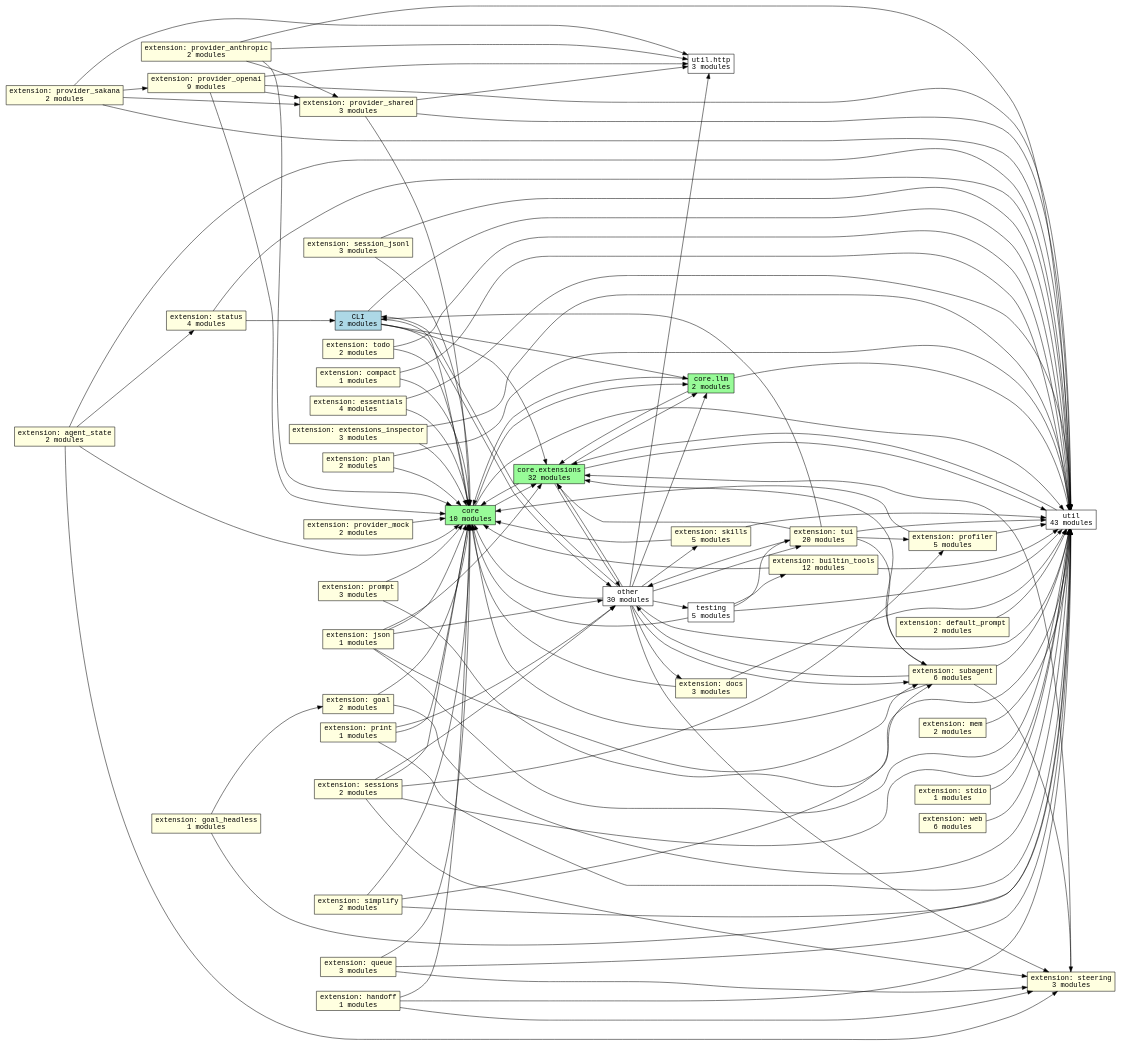
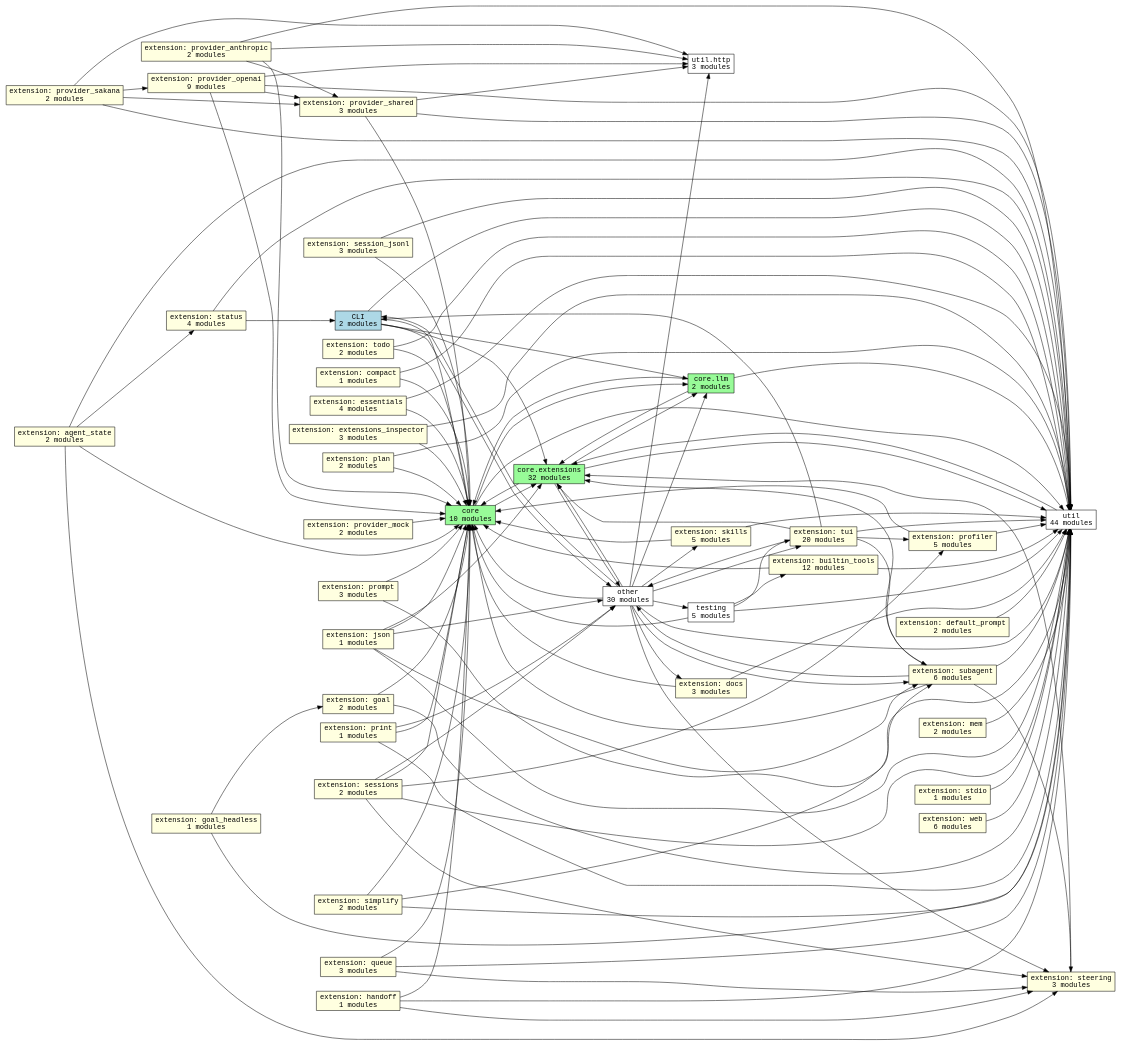
One commit to acmiyaguchi/fen changed the diagram in docs/graphs/subsystems.dot. Above: the diagram before and after it, drawn with Graphviz. The commit also changed 14 other files, not shown here.

```diff
--- a/docs/graphs/subsystems.dot
+++ b/docs/graphs/subsystems.dot
@@ -1,164 +1,164 @@
 digraph fen_subsystems {
   graph [rankdir=LR];
   node [shape=box, fontname="monospace"];
   edge [fontname="monospace"];
   "cli" [fillcolor="lightblue", label="CLI\n2 modules", style="filled"];
   "core" [fillcolor="palegreen", label="core\n10 modules", style="filled"];
   "core.extensions" [fillcolor="palegreen", label="core.extensions\n32 modules", style="filled"];
   "core.llm" [fillcolor="palegreen", label="core.llm\n2 modules", style="filled"];
   "extension.agent_state" [fillcolor="lightyellow", label="extension: agent_state\n2 modules", style="filled"];
   "extension.builtin_tools" [fillcolor="lightyellow", label="extension: builtin_tools\n12 modules", style="filled"];
   "extension.compact" [fillcolor="lightyellow", label="extension: compact\n1 modules", style="filled"];
   "extension.default_prompt" [fillcolor="lightyellow", label="extension: default_prompt\n2 modules", style="filled"];
   "extension.docs" [fillcolor="lightyellow", label="extension: docs\n3 modules", style="filled"];
   "extension.essentials" [fillcolor="lightyellow", label="extension: essentials\n4 modules", style="filled"];
   "extension.extensions_inspector" [fillcolor="lightyellow", label="extension: extensions_inspector\n3 modules", style="filled"];
   "extension.goal" [fillcolor="lightyellow", label="extension: goal\n2 modules", style="filled"];
   "extension.goal_headless" [fillcolor="lightyellow", label="extension: goal_headless\n1 modules", style="filled"];
   "extension.handoff" [fillcolor="lightyellow", label="extension: handoff\n1 modules", style="filled"];
   "extension.json" [fillcolor="lightyellow", label="extension: json\n1 modules", style="filled"];
   "extension.mem" [fillcolor="lightyellow", label="extension: mem\n2 modules", style="filled"];
   "extension.plan" [fillcolor="lightyellow", label="extension: plan\n2 modules", style="filled"];
   "extension.print" [fillcolor="lightyellow", label="extension: print\n1 modules", style="filled"];
   "extension.profiler" [fillcolor="lightyellow", label="extension: profiler\n5 modules", style="filled"];
   "extension.prompt" [fillcolor="lightyellow", label="extension: prompt\n3 modules", style="filled"];
   "extension.provider_anthropic" [fillcolor="lightyellow", label="extension: provider_anthropic\n2 modules", style="filled"];
   "extension.provider_mock" [fillcolor="lightyellow", label="extension: provider_mock\n2 modules", style="filled"];
   "extension.provider_openai" [fillcolor="lightyellow", label="extension: provider_openai\n9 modules", style="filled"];
   "extension.provider_sakana" [fillcolor="lightyellow", label="extension: provider_sakana\n2 modules", style="filled"];
   "extension.provider_shared" [fillcolor="lightyellow", label="extension: provider_shared\n3 modules", style="filled"];
   "extension.queue" [fillcolor="lightyellow", label="extension: queue\n3 modules", style="filled"];
   "extension.session_jsonl" [fillcolor="lightyellow", label="extension: session_jsonl\n3 modules", style="filled"];
   "extension.sessions" [fillcolor="lightyellow", label="extension: sessions\n2 modules", style="filled"];
   "extension.simplify" [fillcolor="lightyellow", label="extension: simplify\n2 modules", style="filled"];
   "extension.skills" [fillcolor="lightyellow", label="extension: skills\n5 modules", style="filled"];
   "extension.status" [fillcolor="lightyellow", label="extension: status\n4 modules", style="filled"];
   "extension.stdio" [fillcolor="lightyellow", label="extension: stdio\n1 modules", style="filled"];
   "extension.steering" [fillcolor="lightyellow", label="extension: steering\n3 modules", style="filled"];
   "extension.subagent" [fillcolor="lightyellow", label="extension: subagent\n6 modules", style="filled"];
   "extension.todo" [fillcolor="lightyellow", label="extension: todo\n2 modules", style="filled"];
   "extension.tui" [fillcolor="lightyellow", label="extension: tui\n20 modules", style="filled"];
   "extension.web" [fillcolor="lightyellow", label="extension: web\n6 modules", style="filled"];
   "other" [fillcolor="white", label="other\n30 modules", style="filled"];
   "testing" [fillcolor="white", label="testing\n5 modules", style="filled"];
-  "util" [fillcolor="white", label="util\n43 modules", style="filled"];
+  "util" [fillcolor="white", label="util\n44 modules", style="filled"];
   "util.http" [fillcolor="white", label="util.http\n3 modules", style="filled"];
   "cli" -> "core";
   "cli" -> "core.extensions";
   "cli" -> "core.llm";
   "cli" -> "other";
   "cli" -> "util";
   "core" -> "core.extensions";
   "core" -> "core.llm";
   "core" -> "util";
   "core.extensions" -> "core";
   "core.extensions" -> "core.llm";
   "core.extensions" -> "other";
   "core.extensions" -> "util";
   "core.llm" -> "core";
   "core.llm" -> "core.extensions";
   "core.llm" -> "util";
   "extension.agent_state" -> "core";
   "extension.agent_state" -> "extension.status";
   "extension.agent_state" -> "extension.steering";
   "extension.agent_state" -> "util";
   "extension.builtin_tools" -> "core";
   "extension.builtin_tools" -> "util";
   "extension.compact" -> "core";
   "extension.compact" -> "util";
   "extension.default_prompt" -> "util";
   "extension.docs" -> "core";
   "extension.docs" -> "util";
   "extension.essentials" -> "core";
   "extension.essentials" -> "util";
   "extension.extensions_inspector" -> "core";
   "extension.extensions_inspector" -> "util";
   "extension.goal" -> "core";
   "extension.goal" -> "util";
   "extension.goal_headless" -> "extension.goal";
   "extension.goal_headless" -> "util";
   "extension.handoff" -> "core";
   "extension.handoff" -> "extension.steering";
   "extension.handoff" -> "util";
   "extension.json" -> "core";
   "extension.json" -> "core.extensions";
   "extension.json" -> "extension.subagent";
   "extension.json" -> "other";
   "extension.json" -> "util";
   "extension.mem" -> "util";
   "extension.plan" -> "core";
   "extension.plan" -> "util";
   "extension.print" -> "core";
   "extension.print" -> "other";
   "extension.print" -> "util";
   "extension.profiler" -> "core";
   "extension.profiler" -> "util";
   "extension.prompt" -> "core";
   "extension.prompt" -> "util";
   "extension.provider_anthropic" -> "core";
   "extension.provider_anthropic" -> "extension.provider_shared";
   "extension.provider_anthropic" -> "util";
   "extension.provider_anthropic" -> "util.http";
   "extension.provider_mock" -> "core";
   "extension.provider_openai" -> "core";
   "extension.provider_openai" -> "extension.provider_shared";
   "extension.provider_openai" -> "util";
   "extension.provider_openai" -> "util.http";
   "extension.provider_sakana" -> "extension.provider_openai";
   "extension.provider_sakana" -> "extension.provider_shared";
   "extension.provider_sakana" -> "util";
   "extension.provider_sakana" -> "util.http";
   "extension.provider_shared" -> "core";
   "extension.provider_shared" -> "util";
   "extension.provider_shared" -> "util.http";
   "extension.queue" -> "core";
   "extension.queue" -> "extension.steering";
   "extension.queue" -> "util";
   "extension.session_jsonl" -> "core";
   "extension.session_jsonl" -> "util";
   "extension.sessions" -> "core";
   "extension.sessions" -> "extension.profiler";
   "extension.sessions" -> "extension.steering";
   "extension.sessions" -> "other";
   "extension.sessions" -> "util";
   "extension.simplify" -> "core";
   "extension.simplify" -> "extension.subagent";
   "extension.simplify" -> "util";
   "extension.skills" -> "core";
   "extension.skills" -> "util";
   "extension.status" -> "cli";
   "extension.status" -> "util";
   "extension.stdio" -> "util";
   "extension.steering" -> "core.extensions";
   "extension.subagent" -> "core";
   "extension.subagent" -> "core.extensions";
   "extension.subagent" -> "extension.steering";
   "extension.subagent" -> "other";
   "extension.subagent" -> "util";
   "extension.todo" -> "core";
   "extension.todo" -> "util";
   "extension.tui" -> "cli";
   "extension.tui" -> "core.extensions";
   "extension.tui" -> "extension.profiler";
   "extension.tui" -> "extension.subagent";
   "extension.tui" -> "other";
   "extension.tui" -> "util";
   "extension.web" -> "util";
   "other" -> "cli";
   "other" -> "core";
   "other" -> "core.extensions";
   "other" -> "core.llm";
   "other" -> "extension.docs";
   "other" -> "extension.skills";
   "other" -> "extension.steering";
   "other" -> "extension.subagent";
   "other" -> "extension.tui";
   "other" -> "testing";
   "other" -> "util";
   "other" -> "util.http";
   "testing" -> "core";
   "testing" -> "extension.builtin_tools";
   "testing" -> "extension.tui";
   "testing" -> "util";
   "util" -> "core.extensions";
 }
```
